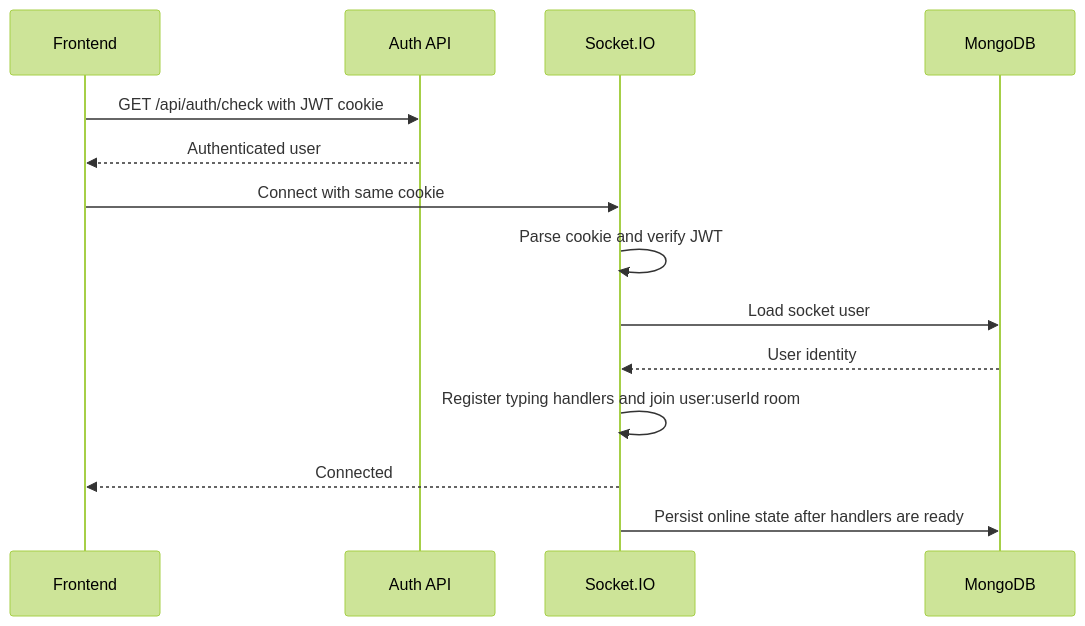
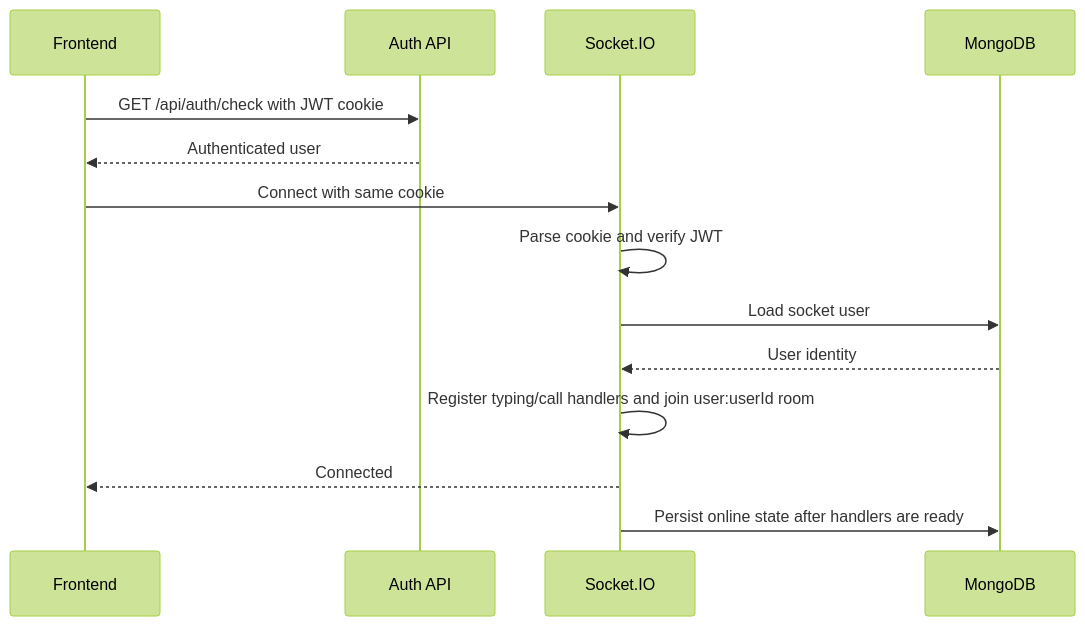
Before and after one commit to Saurav11343/click-chat: the first of 5 diagrams in docs/05-realtime-events.md, drawn with Mermaid (forest theme). The commit also changed other lines of this file and 14 other files, not shown here.

````diff
--- a/docs/05-realtime-events.md
+++ b/docs/05-realtime-events.md
@@ -15,17 +15,17 @@
 ```mermaid
 sequenceDiagram
     participant F as Frontend
     participant API as Auth API
     participant IO as Socket.IO
     participant DB as MongoDB
 
     F->>API: GET /api/auth/check with JWT cookie
     API-->>F: Authenticated user
     F->>IO: Connect with same cookie
     IO->>IO: Parse cookie and verify JWT
     IO->>DB: Load socket user
     DB-->>IO: User identity
-    IO->>IO: Register typing handlers and join user:userId room
+    IO->>IO: Register typing/call handlers and join user:userId room
     IO-->>F: Connected
     IO->>DB: Persist online state after handlers are ready
 ```
````
